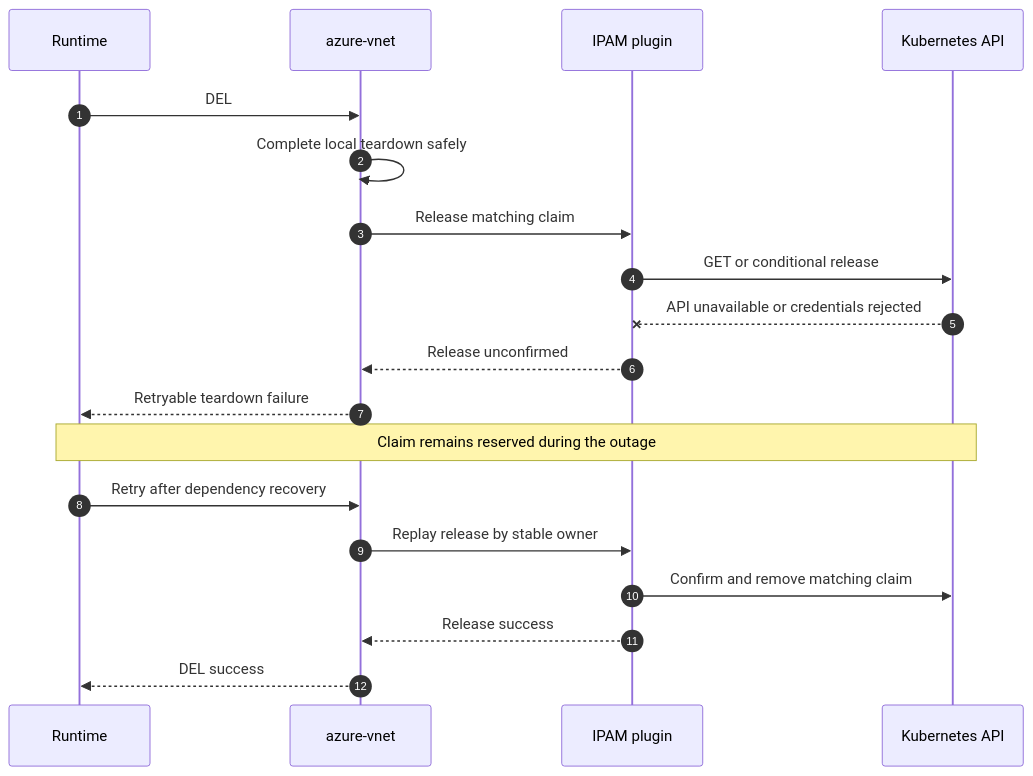
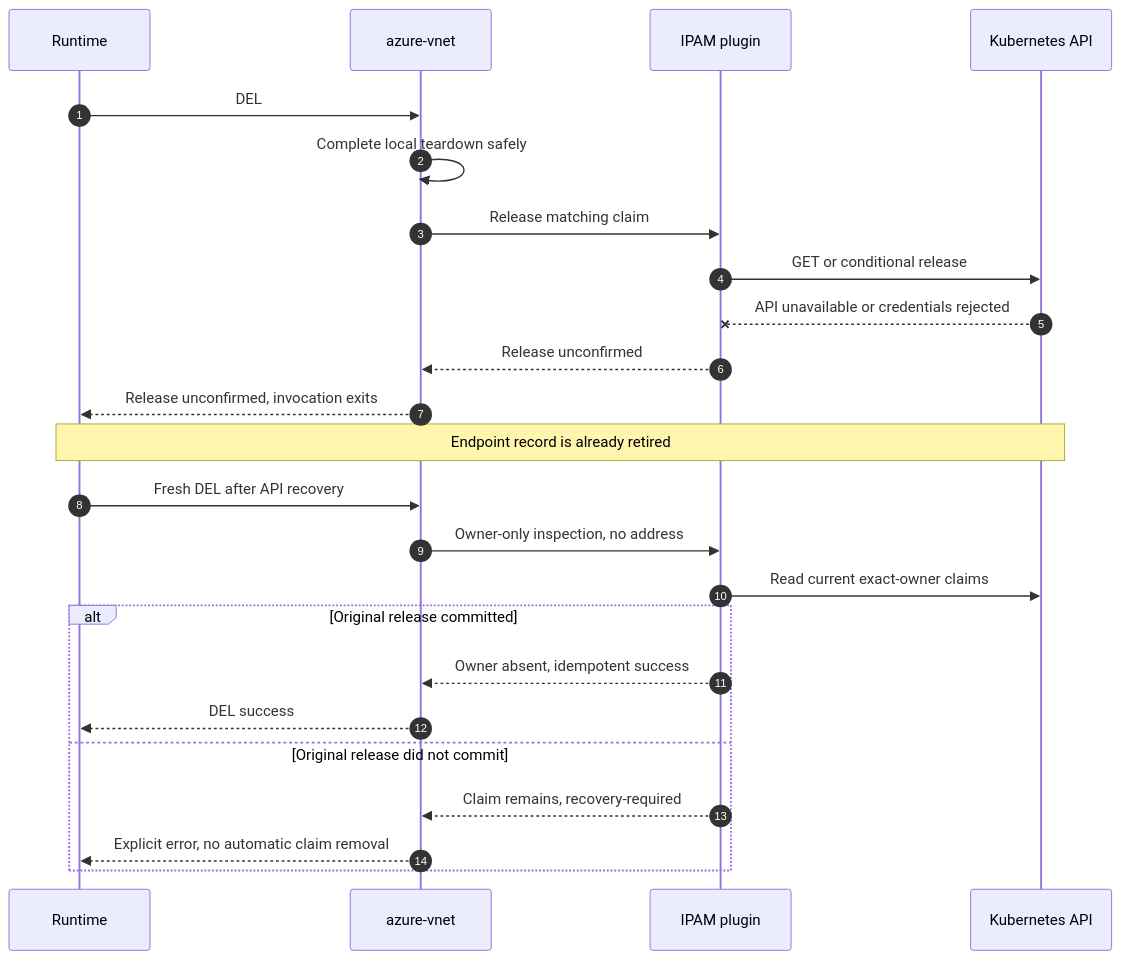
Diagram 20 of 52 in docs/cilium-operator-ipam.md (Azure/azure-container-networking), drawn with Mermaid before and after one commit. The commit also changed other lines of this file, not shown here.

First line of the commit message:
Define missing-state DEL recovery

````diff
--- a/docs/cilium-operator-ipam.md
+++ b/docs/cilium-operator-ipam.md
@@ -936,21 +1012,26 @@
 ```mermaid
 sequenceDiagram
     autonumber
     participant R as Runtime
     participant C as azure-vnet
     participant I as IPAM plugin
     participant K as Kubernetes API
     R->>C: DEL
     C->>C: Complete local teardown safely
     C->>I: Release matching claim
     I->>K: GET or conditional release
     K--xI: API unavailable or credentials rejected
     I-->>C: Release unconfirmed
-    C-->>R: Retryable teardown failure
-    Note over R,K: Claim remains reserved during the outage
-    R->>C: Retry after dependency recovery
-    C->>I: Replay release by stable owner
-    I->>K: Confirm and remove matching claim
-    I-->>C: Release success
-    C-->>R: DEL success
+    C-->>R: Release unconfirmed, invocation exits
+    Note over R,K: Endpoint record is already retired
+    R->>C: Fresh DEL after API recovery
+    C->>I: Owner-only inspection, no address
+    I->>K: Read current exact-owner claims
+    alt Original release committed
+        I-->>C: Owner absent, idempotent success
+        C-->>R: DEL success
+    else Original release did not commit
+        I-->>C: Claim remains, recovery-required
+        C-->>R: Explicit error, no automatic claim removal
+    end
 ```
````
